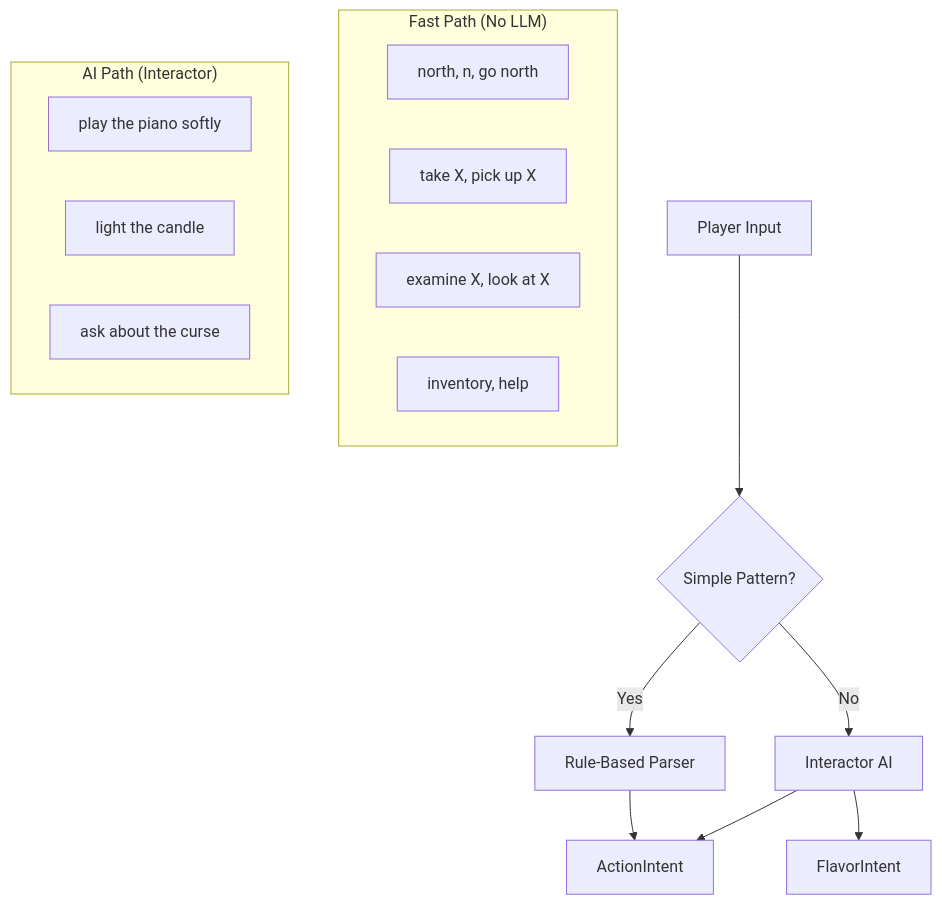
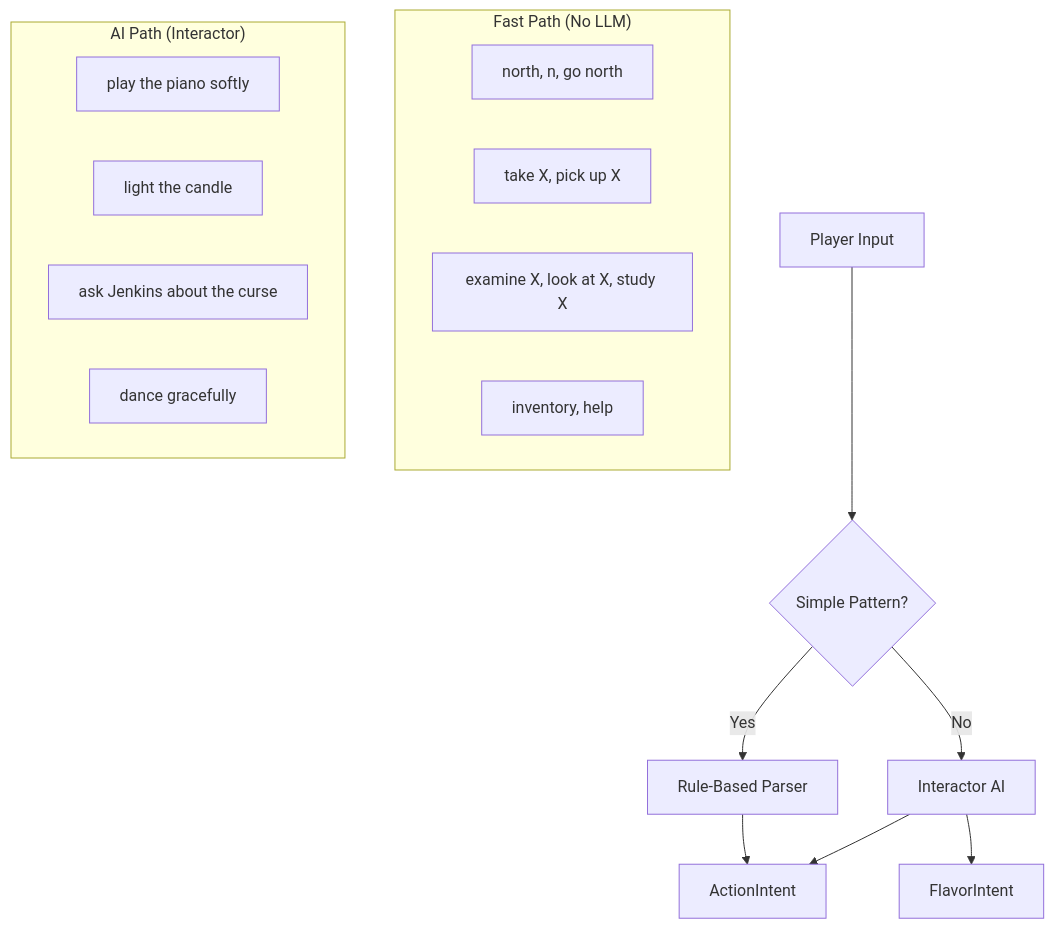
Before and after one commit to hazelcreek/gaime: the third of 6 diagrams in planning/two-phase-game-loop-spec.md, drawn with Mermaid. The commit also changed other lines of this file, not shown here.

````diff
--- a/planning/two-phase-game-loop-spec.md
+++ b/planning/two-phase-game-loop-spec.md
@@ -387,24 +410,25 @@
 ```mermaid
 flowchart TD
     A[Player Input] --> B{Simple Pattern?}
     
     B -->|Yes| C[Rule-Based Parser]
     B -->|No| D[Interactor AI]
     
     C --> E[ActionIntent]
     D --> E
     D --> F[FlavorIntent]
     
-    subgraph "Fast Path (No LLM)"
+    subgraph FastPath["Fast Path (No LLM)"]
         C1["north, n, go north"]
         C2["take X, pick up X"]
-        C3["examine X, look at X"]
+        C3["examine X, look at X, study X"]
         C4["inventory, help"]
     end
     
-    subgraph "AI Path (Interactor)"
+    subgraph AIPath["AI Path (Interactor)"]
         D1["play the piano softly"]
         D2["light the candle"]
-        D3["ask about the curse"]
+        D3["ask Jenkins about the curse"]
+        D4["dance gracefully"]
     end
 ```
````
